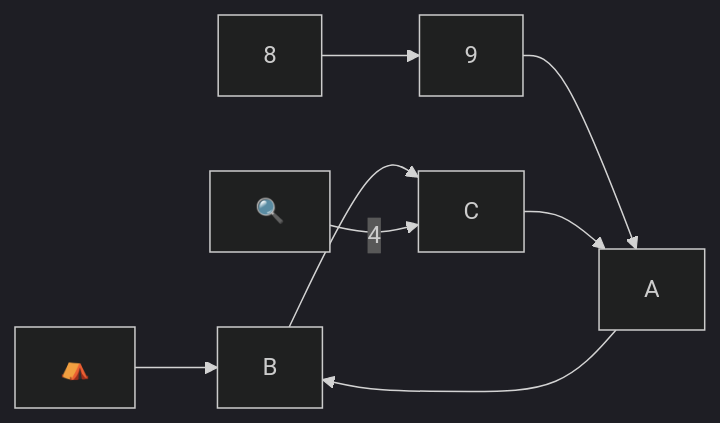
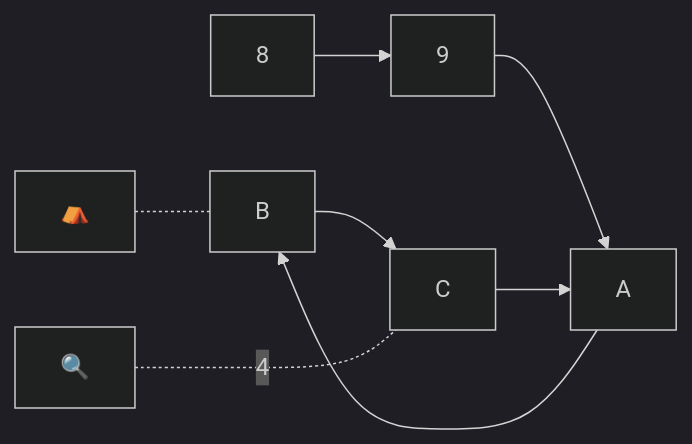
Diagram 13 of 13 in _posts/2026-02-15-nuralagus-rex.md (raganwald/raganwald.github.com), drawn with Mermaid (dark theme) before and after one commit. The commit also changed other lines of this file, not shown here.

```diff
--- a/_posts/2026-02-15-nuralagus-rex.md
+++ b/_posts/2026-02-15-nuralagus-rex.md
@@ -277,15 +277,15 @@
 <div class="mermaid">
   graph LR
     
     base["⛺️"]
     search["🔍"]
     e["8"]
     f["9"]
     g["A"]
     h["B"]
     i["C"]
 
     e-->f-->g-->h-->i-->g
-    base-->h
-    search--4-->i
+    base-.-h
+    search-..-|"4"|i
 </div>
```
